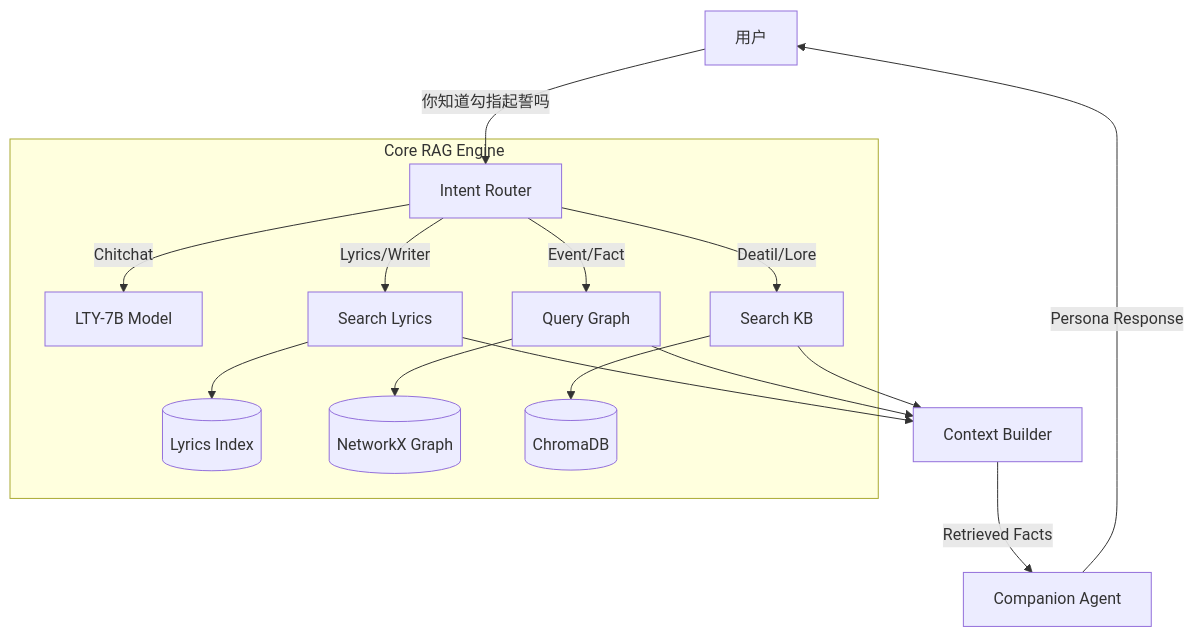
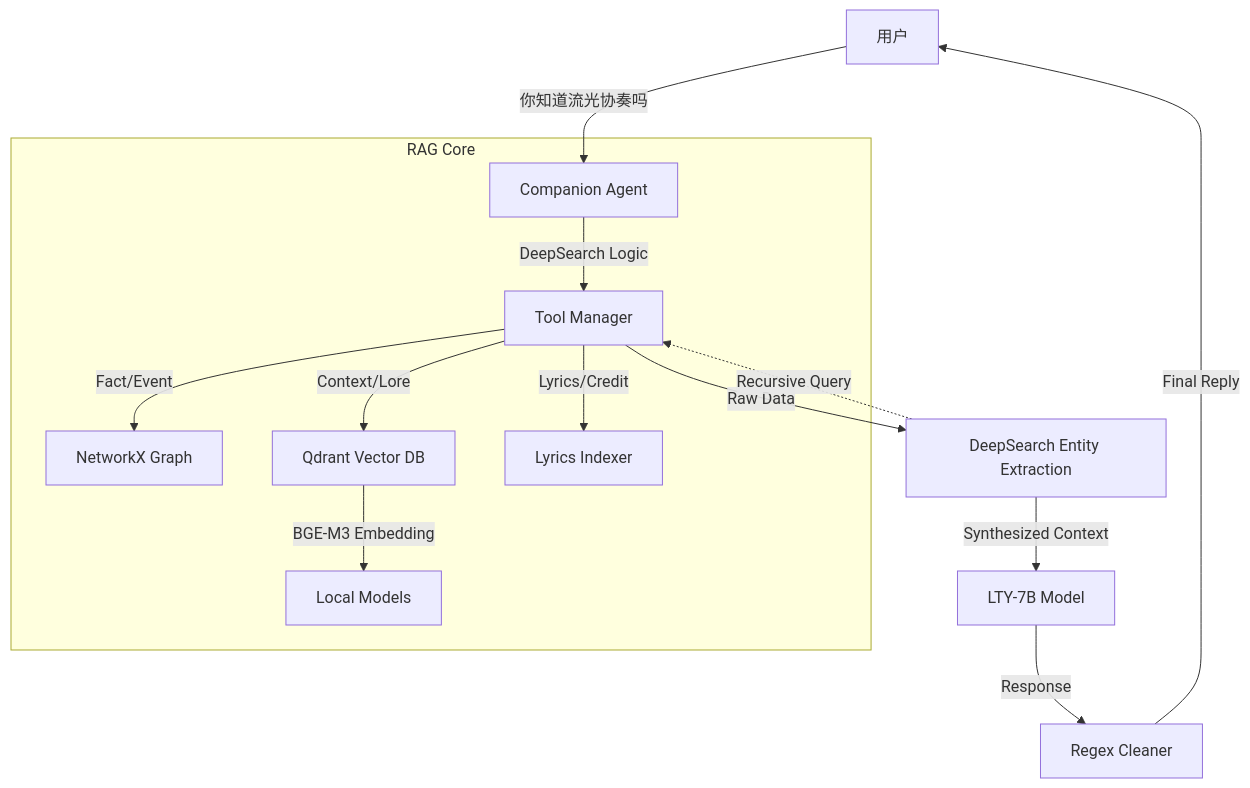
Before and after one commit to YiGuMoYan/lty_agent: the diagram in README.md, drawn with Mermaid. The commit also changed other lines of this file, not shown here.

Commit message:
docs: Update README with DeepSearch and Local RAG architecture

````diff
--- a/README.md
+++ b/README.md
@@ -41,22 +39,20 @@
 ```mermaid
 graph TD
-    User[用户] --> |"你知道勾指起誓吗"| Router[Intent Router]
-    
-    subgraph "Core RAG Engine"
-        Router --> |"Chitchat"| LLM[LTY-7B Model]
-        Router --> |"Lyrics/Writer"| Tool_Lyrics[Search Lyrics]
-        Router --> |"Event/Fact"| Tool_Graph[Query Graph]
-        Router --> |"Deatil/Lore"| Tool_KB[Search KB]
-        
-        Tool_Lyrics --> DB_Lyrics[(Lyrics Index)]
-        Tool_Graph --> DB_Graph[(NetworkX Graph)]
-        Tool_KB --> DB_Vector[(ChromaDB)]
+    User[用户] --> |"你知道流光协奏吗"| Agent[Companion Agent]
+
+    subgraph "RAG Core"
+        Agent --> |"DeepSearch Logic"| Tools[Tool Manager]
+        Tools --> |"Fact/Event"| Graph[NetworkX Graph]
+        Tools --> |"Context/Lore"| Vector[Qdrant Vector DB]
+        Tools --> |"Lyrics/Credit"| Lyrics[Lyrics Indexer]
+
+        Vector --> |"BGE-M3 Embedding"| Models[Local Models]
     end
-    
-    Tool_Lyrics --> Context[Context Builder]
-    Tool_Graph --> Context
-    Tool_KB --> Context
-    
-    Context --> |"Retrieved Facts"| Agent[Companion Agent]
-    Agent --> |"Persona Response"| User
+
+    Tools --> |"Raw Data"| Entity_Extract[DeepSearch Entity Extraction]
+    Entity_Extract -.-> |"Recursive Query"| Tools
+
+    Entity_Extract --> |"Synthesized Context"| LLM[LTY-7B Model]
+    LLM --> |"Response"| Filter[Regex Cleaner]
+    Filter --> |"Final Reply"| User
 ```
````
